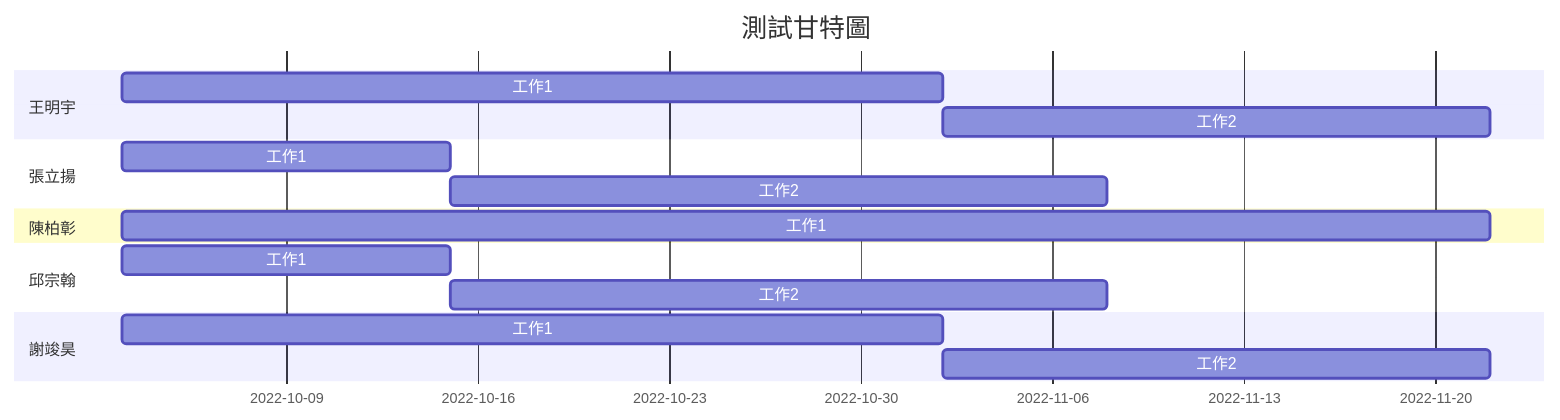
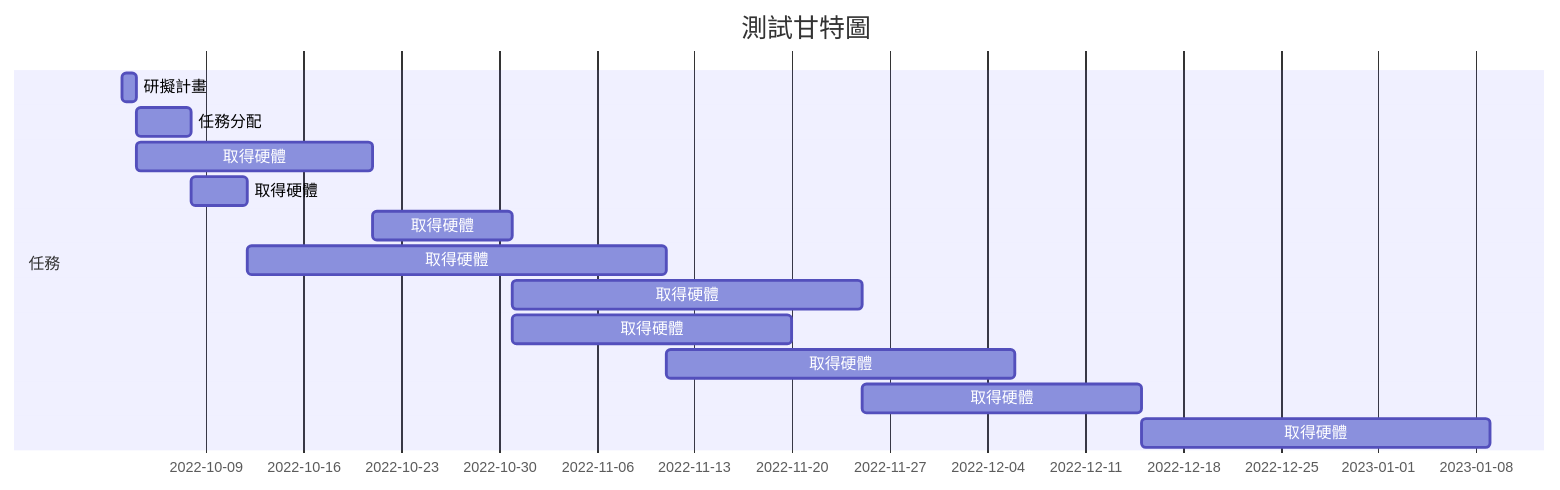
One commit to MoRedChen/2022-3a changed the diagram in hw2.md. Above: the diagram before and after it, drawn with Mermaid. The commit also changed other lines of this file, not shown here.

````diff
--- a/hw2.md
+++ b/hw2.md
@@ -15,23 +20,17 @@
 ```mermaid
 gantt
     title 測試甘特圖
 
-    section 王明宇
-    工作1 :a1, 2022-10-03, 30d
-    工作2 :after a1  , 20d
-    
-    section 張立揚
-    工作1 :2022-10-03  , 12d
-    工作2 : 24d
-    
-    section 陳柏彰
-    工作1 :2022-10-03, 50d
-    
-    section 邱宗翰
-    工作1 :2022-10-03  , 12d
-    工作2 : 24d
-    
-    section 謝竣昊
-    工作1 :a1, 2022-10-03, 30d
-    工作2 :after a1  , 20d
+    section 任務
+    研擬計畫 :a1, 2022-10-03, 1d
+    任務分配 :a2, after a1, 4d
+    取得硬體 :a3, after a1, 17d
+    取得硬體 :a4, after a2, 4d
+    取得硬體 :a5, after a3, 10d
+    取得硬體 :a6, after a4, 30d
+    取得硬體 :a7, after a5, 25d
+    取得硬體 :a8, after a5, 20d
+    取得硬體 :a9, after a6, 25d
+    取得硬體 :a10, after a7, 20d
+    取得硬體 :a11, after a10, 25d
 ```
````
